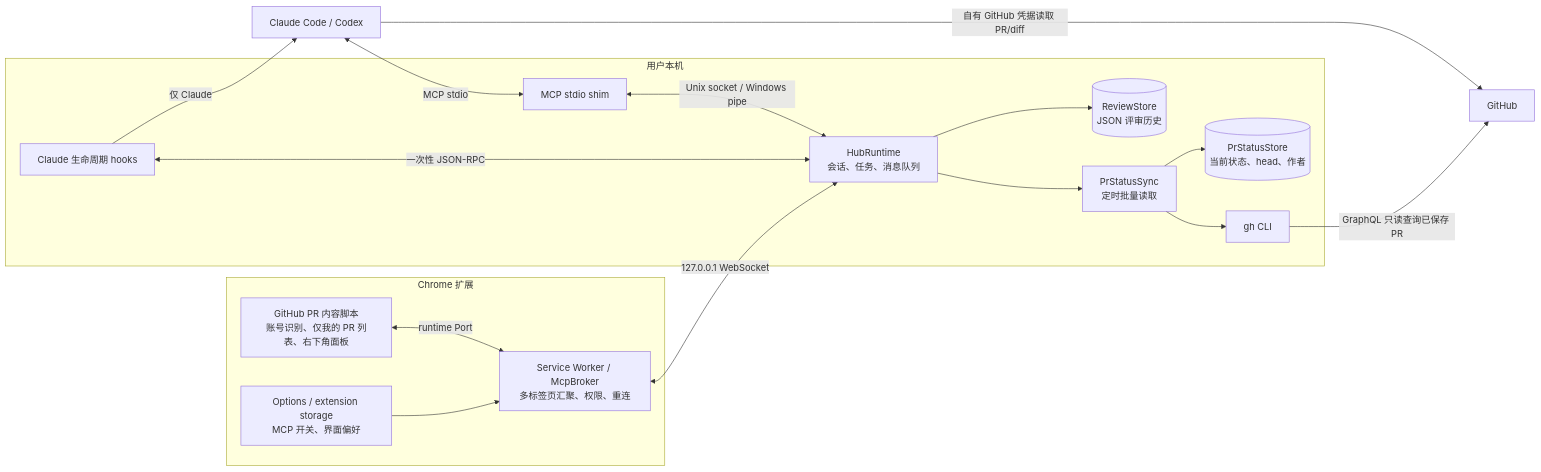
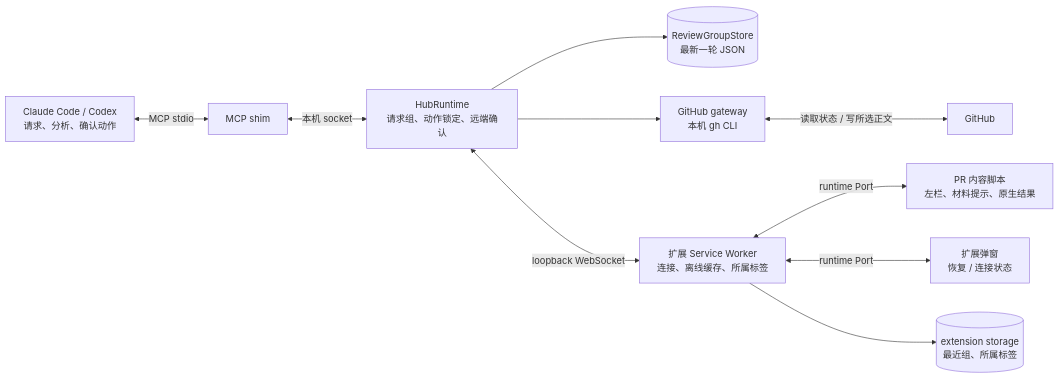
One commit to ZenUml/conf-app changed the first of 3 diagrams in packages/pr-agent-panel/ARCHITECTURE.zh-CN.md. Above: the diagram before and after it, drawn with Mermaid. The commit also changed other lines of this file and 18 other files, not shown here.

Commit message:
fix(pr-panel): finish request-scoped review flow and docs

````diff
--- a/packages/pr-agent-panel/ARCHITECTURE.zh-CN.md
+++ b/packages/pr-agent-panel/ARCHITECTURE.zh-CN.md
@@ -7,32 +7,12 @@
 ```mermaid
 flowchart LR
-  subgraph Chrome["Chrome 扩展"]
-    Page["GitHub PR 内容脚本<br/>账号识别、仅我的 PR 列表、右下角面板"]
-    Broker["Service Worker / McpBroker<br/>多标签页汇聚、权限、重连"]
-    Prefs["Options / extension storage<br/>MCP 开关、界面偏好"]
-    Page <-->|"runtime Port"| Broker
-    Prefs --> Broker
-  end
-
-  subgraph Local["用户本机"]
-    Hub["HubRuntime<br/>会话、任务、消息队列"]
-    Store[("ReviewStore<br/>JSON 评审历史")]
-    Sync["PrStatusSync<br/>定时批量读取"]
-    Current[("PrStatusStore<br/>当前状态、head、作者")]
-    Gh["gh CLI"]
-    Shim["MCP stdio shim"]
-    Hooks["Claude 生命周期 hooks"]
-    Hub --> Store
-    Hub --> Sync
-    Sync --> Current
-    Sync --> Gh
-    Shim <-->|"Unix socket / Windows pipe"| Hub
-    Hooks <-->|"一次性 JSON-RPC"| Hub
-  end
-
-  Broker <-->|"127.0.0.1 WebSocket"| Hub
-  Agent["Claude Code / Codex"] <-->|"MCP stdio"| Shim
-  Agent -->|"自有 GitHub 凭据读取 PR/diff"| GitHub["GitHub"]
-  Gh -->|"GraphQL 只读查询已保存 PR"| GitHub
-  Hooks -->|"仅 Claude"| Agent
+  Chat["Claude Code / Codex<br/>请求、分析、确认动作"] <-->|"MCP stdio"| Shim["MCP shim"]
+  Shim <-->|"本机 socket"| Hub["HubRuntime<br/>请求组、动作锁定、远端确认"]
+  Hub --> Group[("ReviewGroupStore<br/>最新一轮 JSON")]
+  Hub --> Gateway["GitHub gateway<br/>本机 gh CLI"]
+  Gateway <-->|"读取状态 / 写所选正文"| GitHub["GitHub"]
+  Hub <-->|"loopback WebSocket"| Broker["扩展 Service Worker<br/>连接、离线缓存、所属标签"]
+  Broker <-->|"runtime Port"| Page["PR 内容脚本<br/>左栏、材料提示、原生结果"]
+  Broker <-->|"runtime Port"| Popup["扩展弹窗<br/>恢复 / 连接状态"]
+  Broker --> Cache[("extension storage<br/>最近组、所属标签")]
 ```
````
